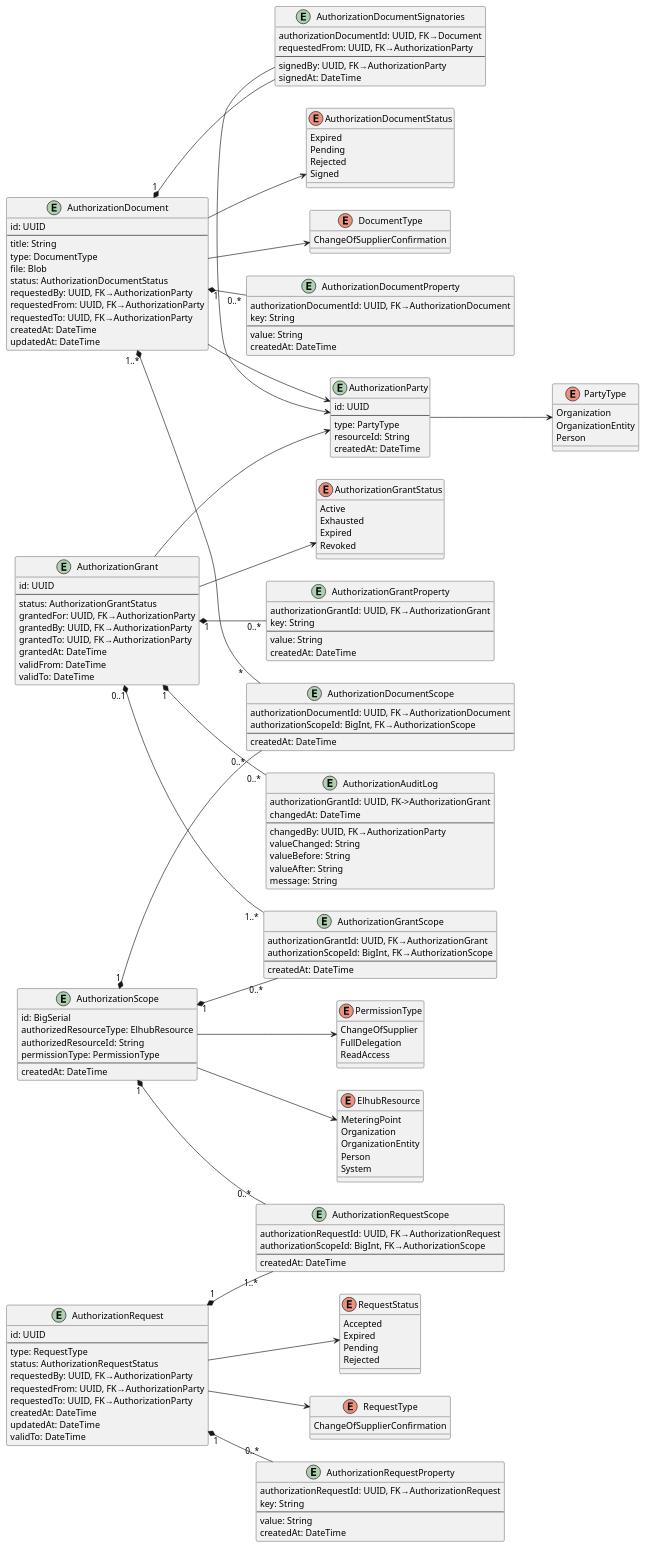
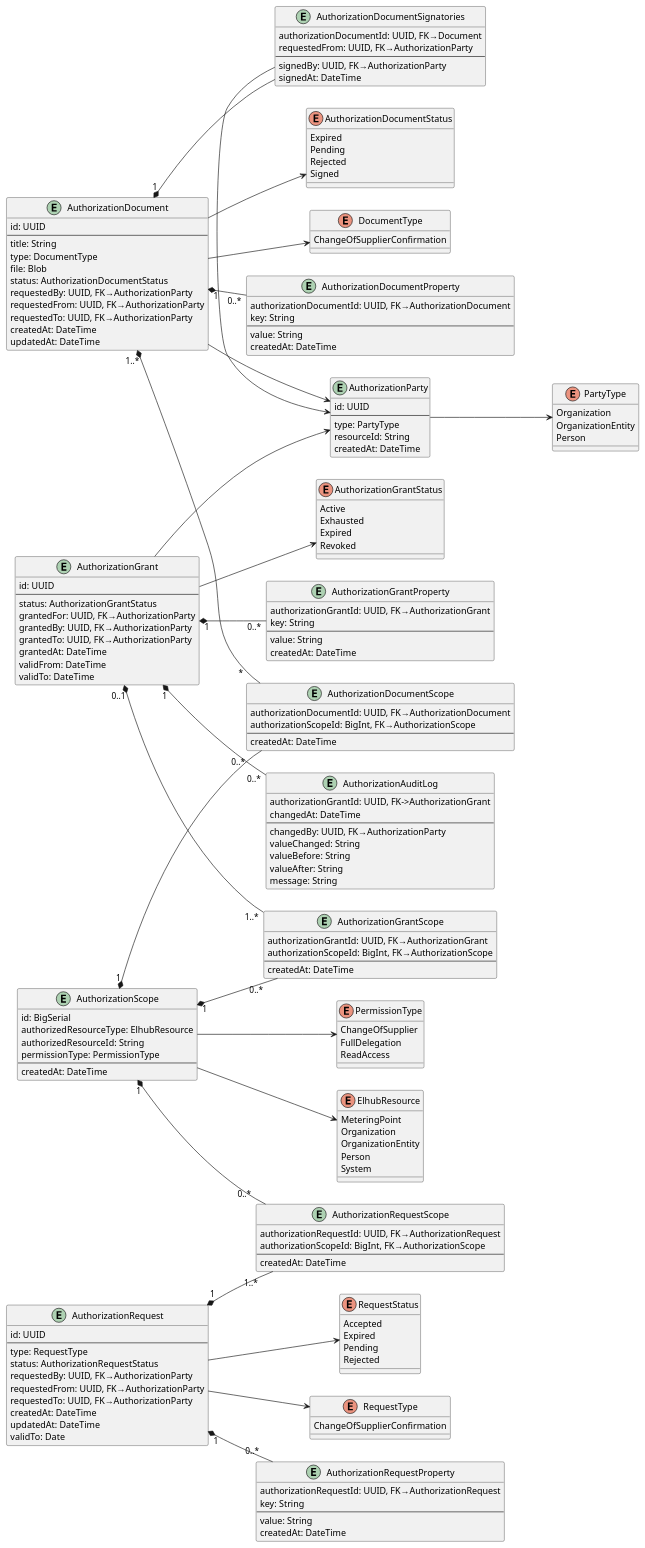
The diagram in docs/assets/datamodel.plantuml (elhub/auth-grant-manager), drawn with PlantUML before and after one commit. The commit also changed 1 other file, not shown here.

Commit message:
validTo only contains date. Also update docs regarding this field for authorization request

```diff
--- a/docs/assets/datamodel.plantuml
+++ b/docs/assets/datamodel.plantuml
@@ -97,7 +97,7 @@
   requestedTo: UUID, FK→AuthorizationParty   /' The party that is expected to respond to the request '/
   createdAt: DateTime
   updatedAt: DateTime
-  validTo: DateTime
+  validTo: Date
 }
 
 entity AuthorizationRequestProperty {
```
